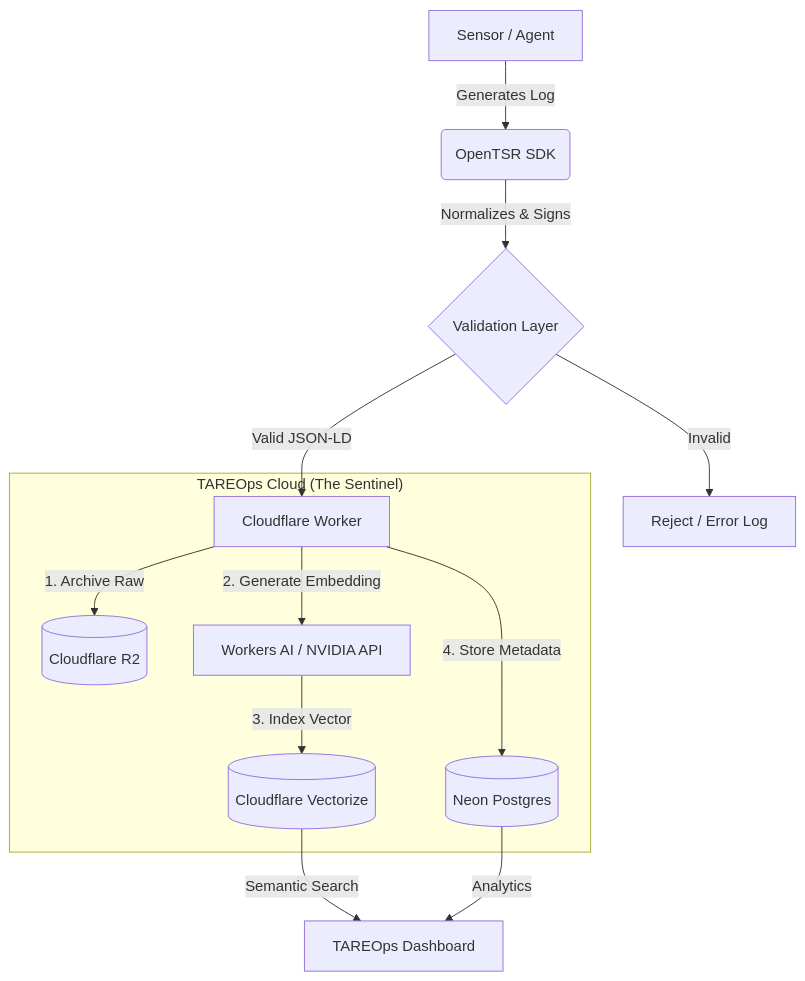
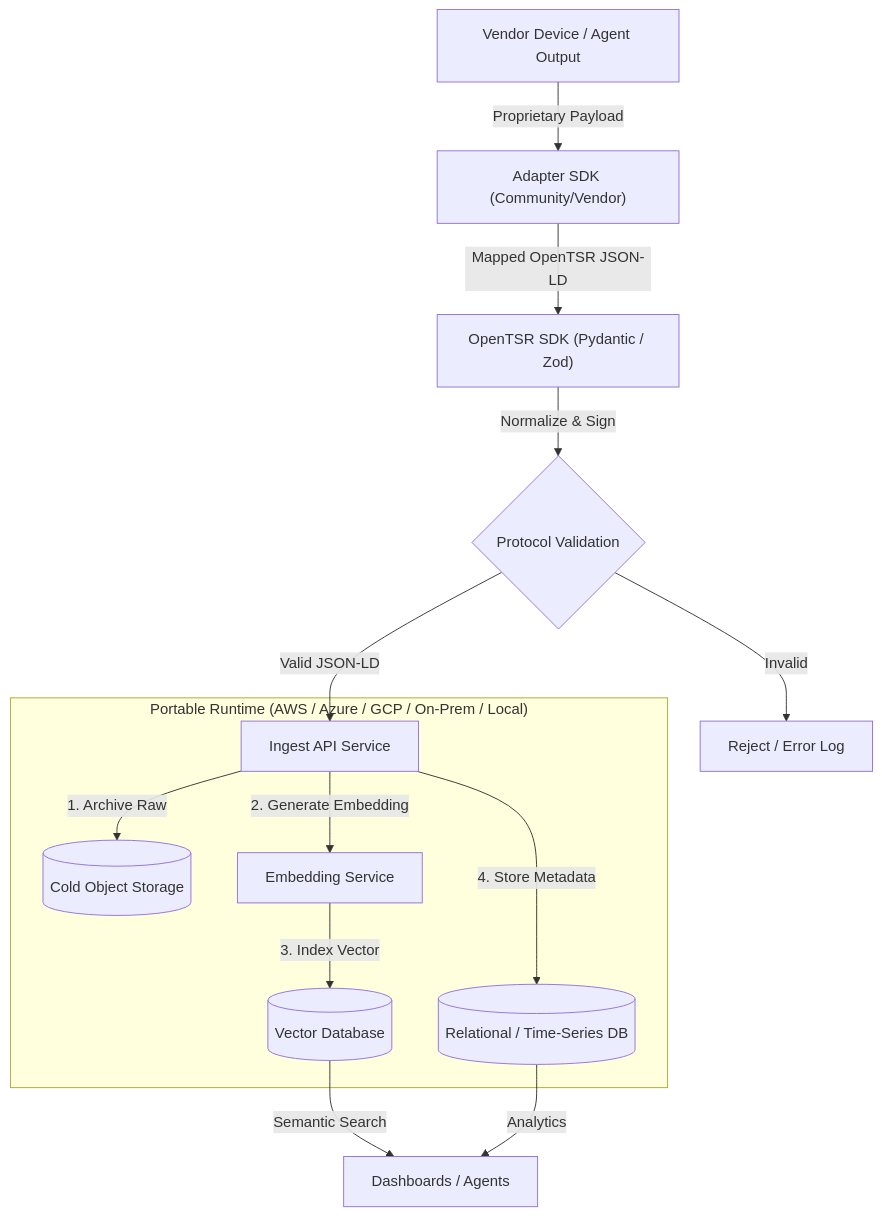
The diagram in ARCHITECTURE.md (KevinOBytes/OpenTSR), drawn with Mermaid before and after one commit. The commit also changed other lines of this file and 46 other files, not shown here.

Commit message:
refactor: sanitize public protocol repo and add adapter hub

````diff
--- a/ARCHITECTURE.md
+++ b/ARCHITECTURE.md
@@ -7,17 +7,18 @@
 ```mermaid
 graph TD
-    A[Sensor / Agent] -->|Generates Log| B(OpenTSR SDK)
-    B -->|Normalizes & Signs| C{Validation Layer}
-    C -->|Invalid| D[Reject / Error Log]
-    C -->|Valid JSON-LD| E[Cloudflare Worker]
-    
-    subgraph "TAREOps Cloud (The Sentinel)"
-    E -->|1. Archive Raw| F[(Cloudflare R2)]
-    E -->|2. Generate Embedding| G[Workers AI / NVIDIA API]
-    G -->|3. Index Vector| H[(Cloudflare Vectorize)]
-    E -->|4. Store Metadata| I[(Neon Postgres)]
+    A["Vendor Device / Agent Output"] -->|"Proprietary Payload"| B["Adapter SDK (Community/Vendor)"]
+    B -->|"Mapped OpenTSR JSON-LD"| C["OpenTSR SDK (Pydantic / Zod)"]
+    C -->|"Normalize & Sign"| D{"Protocol Validation"}
+    D -->|"Invalid"| E["Reject / Error Log"]
+    D -->|"Valid JSON-LD"| F["Ingest API Service"]
+
+    subgraph "Portable Runtime (AWS / Azure / GCP / On-Prem / Local)"
+    F -->|"1. Archive Raw"| G[("Cold Object Storage")]
+    F -->|"2. Generate Embedding"| H["Embedding Service"]
+    H -->|"3. Index Vector"| I[("Vector Database")]
+    F -->|"4. Store Metadata"| J[("Relational / Time-Series DB")]
     end
-    
-    H -->|Semantic Search| J[TAREOps Dashboard]
-    I -->|Analytics| J
+
+    I -->|"Semantic Search"| K["Dashboards / Agents"]
+    J -->|"Analytics"| K
 ```
````
